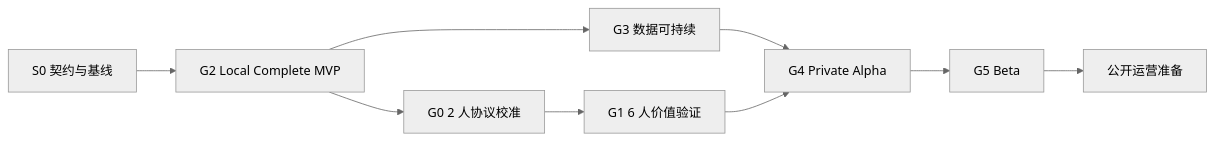
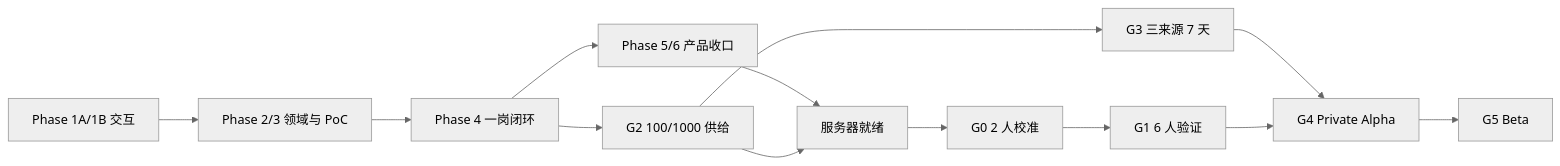
One commit to CodeVoyager21932/Aijob changed the diagram in docs/08-zero-to-one-lifecycle.md. Above: the diagram before and after it, drawn with Mermaid (neutral theme). The commit also changed other lines of this file and 24 other files, not shown here.

````diff
--- a/docs/08-zero-to-one-lifecycle.md
+++ b/docs/08-zero-to-one-lifecycle.md
@@ -18,11 +18,15 @@
 ```mermaid
 flowchart LR
-    A["S0 契约与基线"] --> B["G2 Local Complete MVP"]
-    B --> C["G0 2 人协议校准"]
-    C --> D["G1 6 人价值验证"]
-    B --> E["G3 数据可持续"]
-    E --> F["G4 Private Alpha"]
-    D --> F
-    F --> G["G5 Beta"]
-    G --> H["公开运营准备"]
+    A["Phase 1A/1B 交互"] --> B["Phase 2/3 领域与 PoC"]
+    B --> C["Phase 4 一岗闭环"]
+    C --> D["Phase 5/6 产品收口"]
+    C --> E["G2 100/1000 供给"]
+    E --> F["G3 三来源 7 天"]
+    D --> G["服务器就绪"]
+    E --> G
+    G --> H["G0 2 人校准"]
+    H --> I["G1 6 人验证"]
+    F --> J["G4 Private Alpha"]
+    I --> J
+    J --> K["G5 Beta"]
 ```
````
